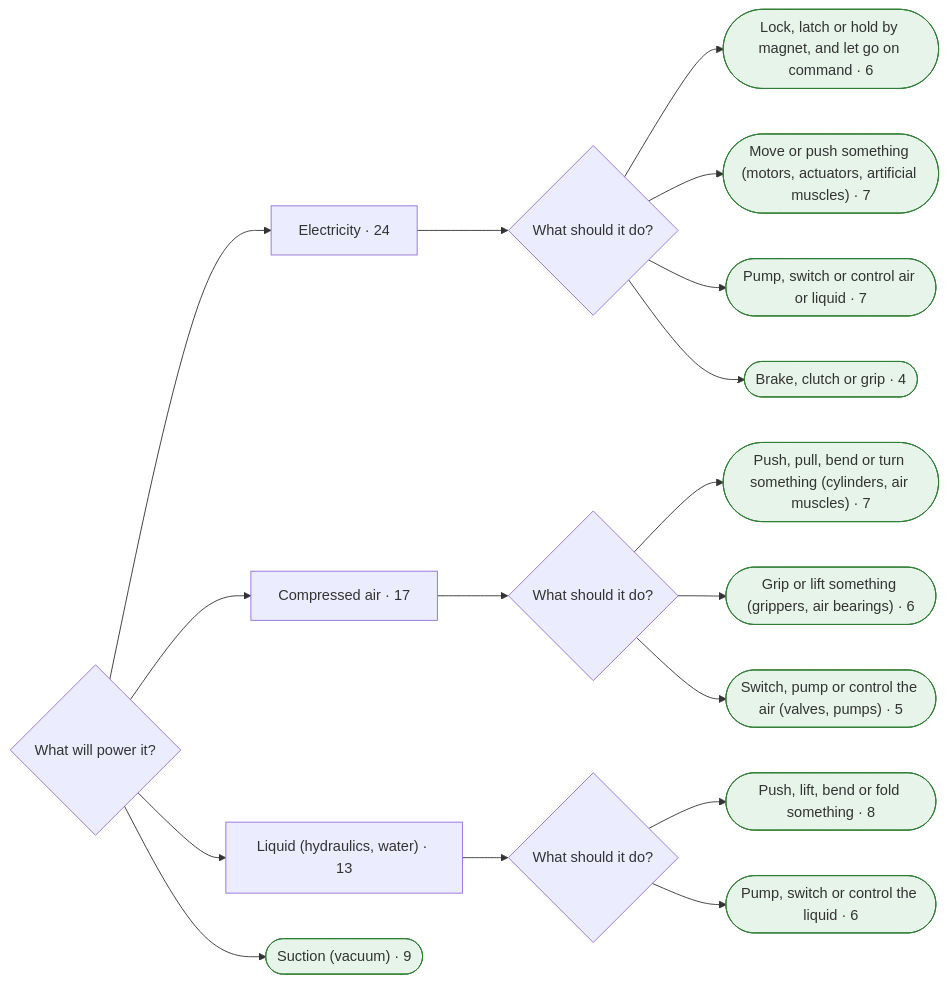
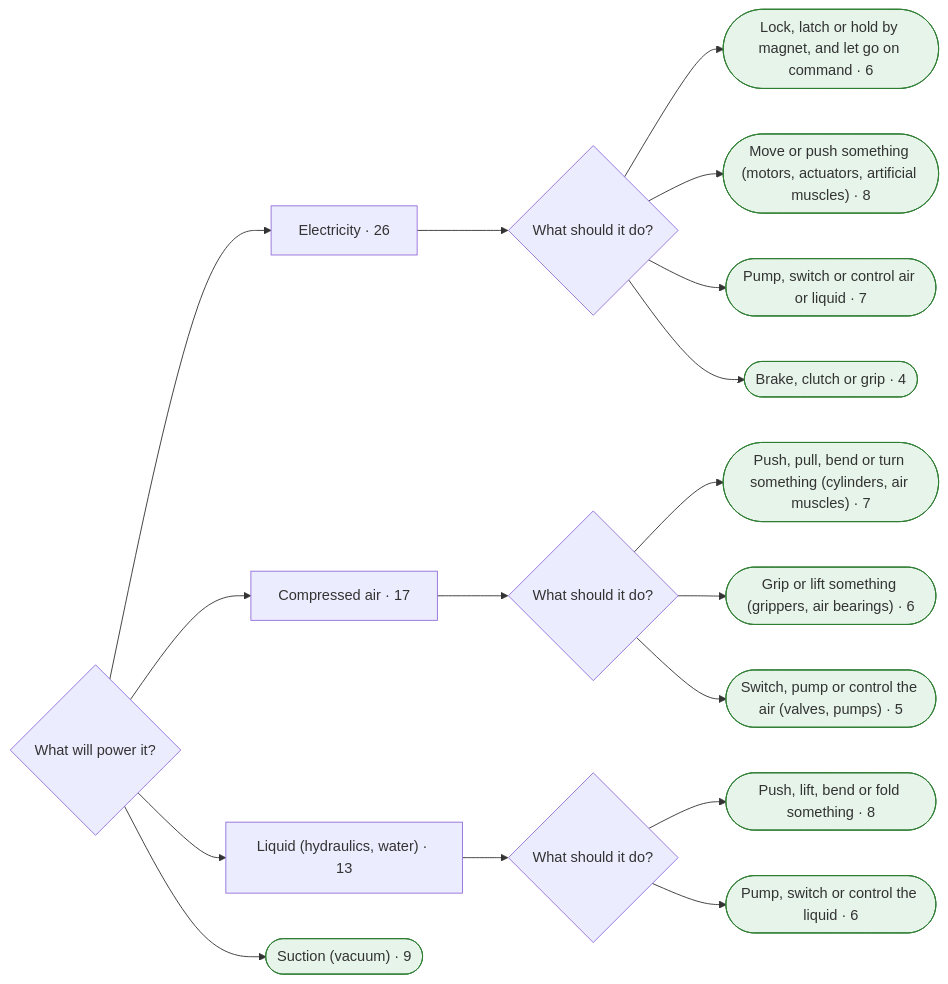
Diagram 11 of 11 in research/finder-test/mermaid.md (smileymcfrown/EncyclopediaOfConnections), drawn with Mermaid before and after one commit. The commit also changed other lines of this file and 481 other files, not shown here.

````diff
--- a/research/finder-test/mermaid.md
+++ b/research/finder-test/mermaid.md
@@ -905,48 +973,48 @@
 ```mermaid
 flowchart LR
-  q320{"What will power it?"}
-  a321["Electricity · 24"]
-  q320 --> a321
-  q322{"What should it do?"}
-  a321 --> q322
-  a323(["Lock, latch or hold by magnet, and let go on command · 6"])
-  q322 --> a323
-  class a323 leaf
-  a324(["Move or push something (motors, actuators, artificial muscles) · 7"])
-  q322 --> a324
-  class a324 leaf
-  a325(["Pump, switch or control air or liquid · 7"])
-  q322 --> a325
-  class a325 leaf
-  a326(["Brake, clutch or grip · 4"])
-  q322 --> a326
-  class a326 leaf
-  a327["Compressed air · 17"]
-  q320 --> a327
-  q328{"What should it do?"}
-  a327 --> q328
-  a329(["Push, pull, bend or turn something (cylinders, air muscles) · 7"])
-  q328 --> a329
-  class a329 leaf
-  a330(["Grip or lift something (grippers, air bearings) · 6"])
-  q328 --> a330
-  class a330 leaf
-  a331(["Switch, pump or control the air (valves, pumps) · 5"])
-  q328 --> a331
-  class a331 leaf
-  a332["Liquid (hydraulics, water) · 13"]
-  q320 --> a332
-  q333{"What should it do?"}
-  a332 --> q333
-  a334(["Push, lift, bend or fold something · 8"])
-  q333 --> a334
-  class a334 leaf
-  a335(["Pump, switch or control the liquid · 6"])
-  q333 --> a335
-  class a335 leaf
-  a336(["Suction (vacuum) · 9"])
-  q320 --> a336
-  class a336 leaf
+  q346{"What will power it?"}
+  a347["Electricity · 26"]
+  q346 --> a347
+  q348{"What should it do?"}
+  a347 --> q348
+  a349(["Lock, latch or hold by magnet, and let go on command · 6"])
+  q348 --> a349
+  class a349 leaf
+  a350(["Move or push something (motors, actuators, artificial muscles) · 8"])
+  q348 --> a350
+  class a350 leaf
+  a351(["Pump, switch or control air or liquid · 7"])
+  q348 --> a351
+  class a351 leaf
+  a352(["Brake, clutch or grip · 4"])
+  q348 --> a352
+  class a352 leaf
+  a353["Compressed air · 17"]
+  q346 --> a353
+  q354{"What should it do?"}
+  a353 --> q354
+  a355(["Push, pull, bend or turn something (cylinders, air muscles) · 7"])
+  q354 --> a355
+  class a355 leaf
+  a356(["Grip or lift something (grippers, air bearings) · 6"])
+  q354 --> a356
+  class a356 leaf
+  a357(["Switch, pump or control the air (valves, pumps) · 5"])
+  q354 --> a357
+  class a357 leaf
+  a358["Liquid (hydraulics, water) · 13"]
+  q346 --> a358
+  q359{"What should it do?"}
+  a358 --> q359
+  a360(["Push, lift, bend or fold something · 8"])
+  q359 --> a360
+  class a360 leaf
+  a361(["Pump, switch or control the liquid · 6"])
+  q359 --> a361
+  class a361 leaf
+  a362(["Suction (vacuum) · 9"])
+  q346 --> a362
+  class a362 leaf
   classDef leaf fill:#e6f4ea,stroke:#2e7d32
   classDef more fill:#fff4e5,stroke:#b26a00
 ```
````
